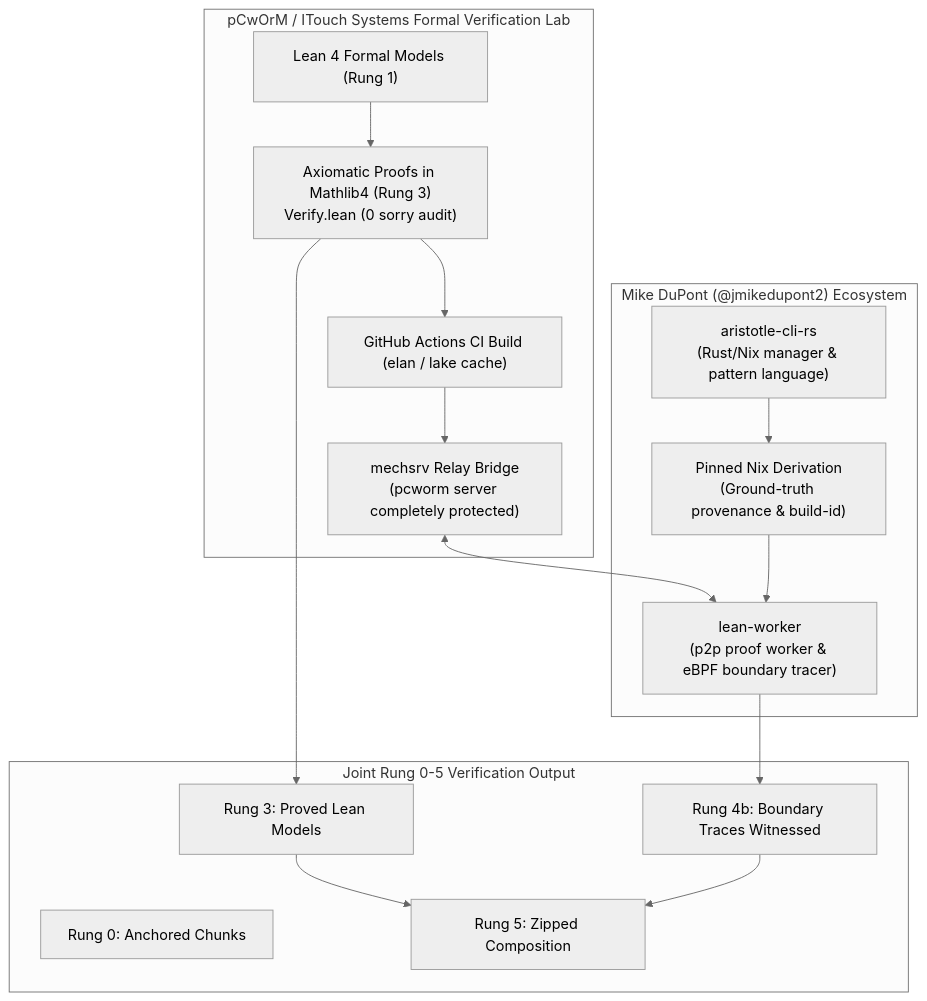
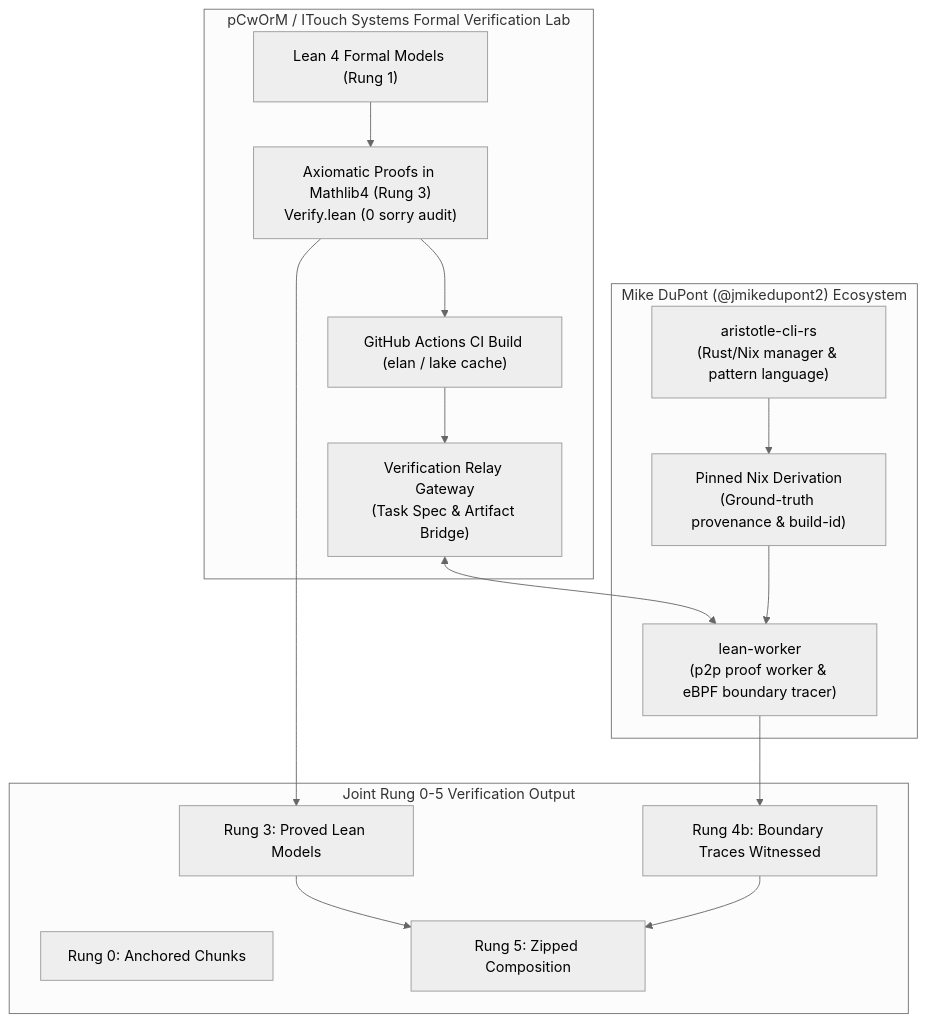
The diagram in docs/RUNG_LEDGER.md (Lexovian/gap-lean4-port), drawn with Mermaid (neutral theme) before and after one commit. The commit also changed other lines of this file and 1 other file, not shown here.

````diff
--- a/docs/RUNG_LEDGER.md
+++ b/docs/RUNG_LEDGER.md
@@ -69,31 +75,31 @@
 ```mermaid
 flowchart TD
     subgraph OurLab["pCwOrM / ITouch Systems Formal Verification Lab"]
         M["Lean 4 Formal Models (Rung 1)"]
         P["Axiomatic Proofs in Mathlib4 (Rung 3)<br/>Verify.lean (0 sorry audit)"]
         CI["GitHub Actions CI Build (elan / lake cache)"]
-        Relay["mechsrv Relay Bridge<br/>(pcworm server completely protected)"]
+        Relay["Verification Relay Gateway<br/>(Task Spec & Artifact Bridge)"]
     end
 
     subgraph MikeEcosystem["Mike DuPont (@jmikedupont2) Ecosystem"]
         LW["lean-worker<br/>(p2p proof worker & eBPF boundary tracer)"]
         AC["aristotle-cli-rs<br/>(Rust/Nix manager & pattern language)"]
         Nix["Pinned Nix Derivation<br/>(Ground-truth provenance & build-id)"]
     end
 
     subgraph VerificationOutput["Joint Rung 0-5 Verification Output"]
         R0["Rung 0: Anchored Chunks"]
         R3["Rung 3: Proved Lean Models"]
         R4b["Rung 4b: Boundary Traces Witnessed"]
         R5["Rung 5: Zipped Composition"]
     end
 
     M --> P --> CI
     CI --> Relay
     Relay <--> LW
     AC --> Nix
     Nix --> LW
     P --> R3
     LW --> R4b
     R3 & R4b --> R5
 ```
````
